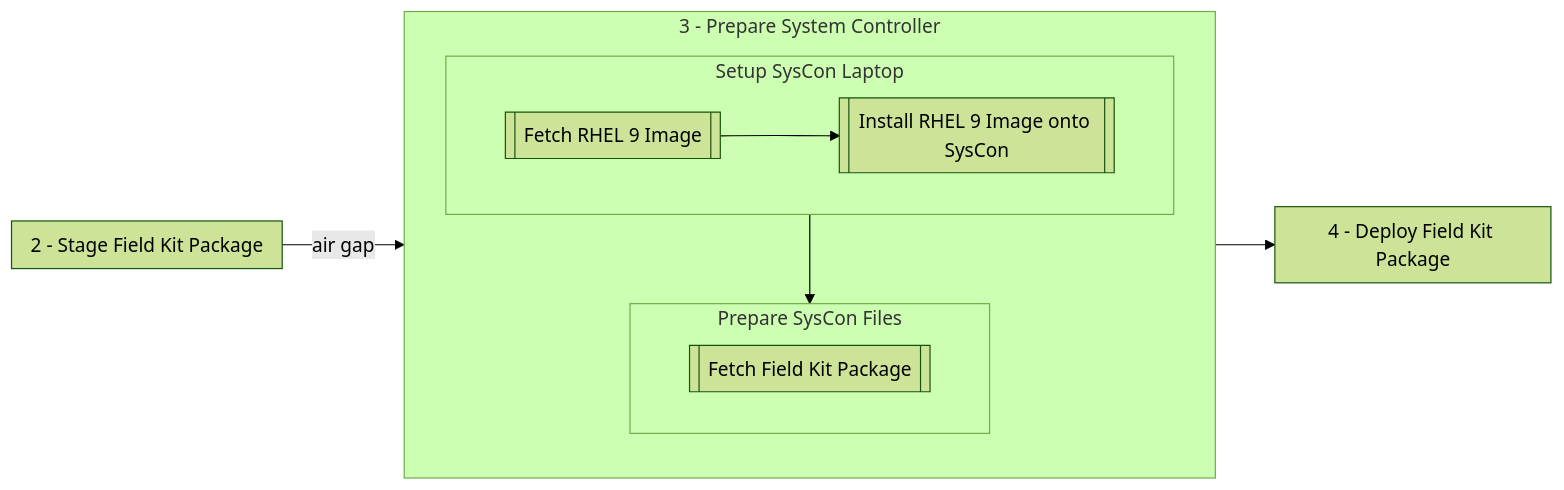
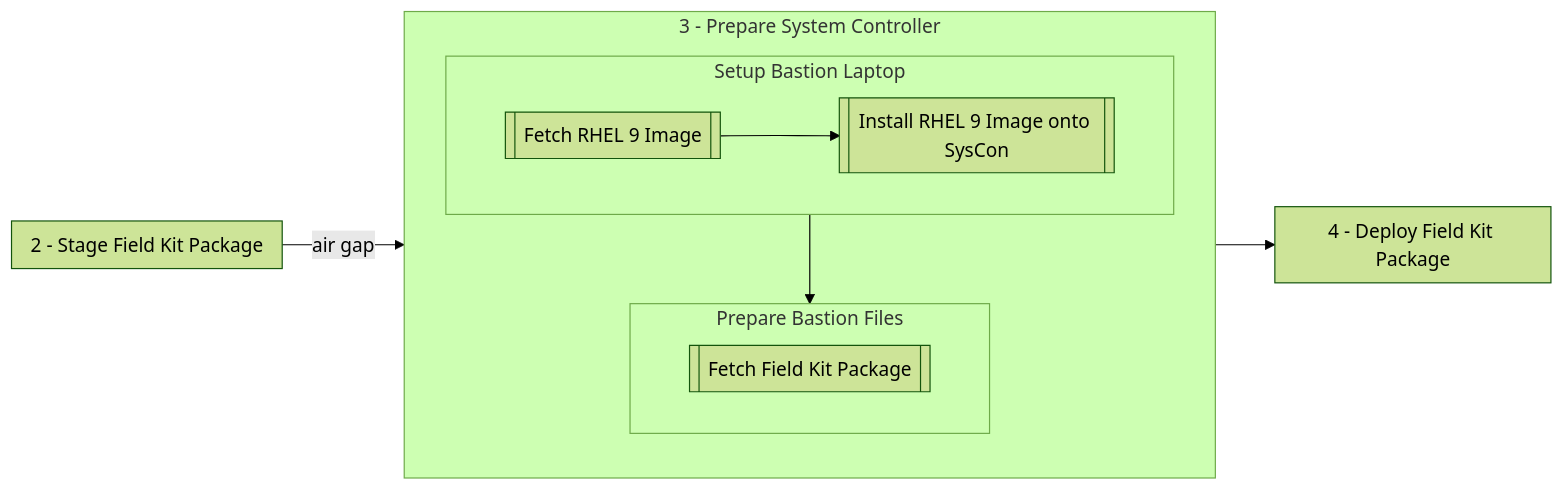
The diagram in workflow/diagram-3.md (ppremru/LaunchFieldKitAdoption), drawn with Mermaid (forest theme) before and after one commit. The commit also changed 4 other files, not shown here.

Commit message:
learning mermaid (#35)

````diff
--- a/workflow/diagram-3.md
+++ b/workflow/diagram-3.md
@@ -3,19 +3,19 @@
 ```mermaid
 flowchart LR
     subgraph 2[2 - Stage Field Kit Package]
     end
     subgraph 3[3 - Prepare System Controller]
-        subgraph SysCon[Setup SysCon Laptop]
-          SysCon1[[Fetch RHEL 9 Image]]
-          SysCon2[[Install RHEL 9 Image onto SysCon]]
+        subgraph Bastion[Setup Bastion Laptop]
+          Bastion1[[Fetch RHEL 9 Image]]
+          Bastion2[[Install RHEL 9 Image onto SysCon]]
         end
-        subgraph Files[Prepare SysCon Files]
+        subgraph Files[Prepare Bastion Files]
           Files1[[Fetch Field Kit Package]]
         end
     end
     subgraph 4[4 - Deploy Field Kit Package]
     end
-    SysCon --> Files
-    SysCon1 -->SysCon2
+    Bastion --> Files
+    Bastion1 -->Bastion2
     2 -- air gap --> 3 --> 4
 ```
````
